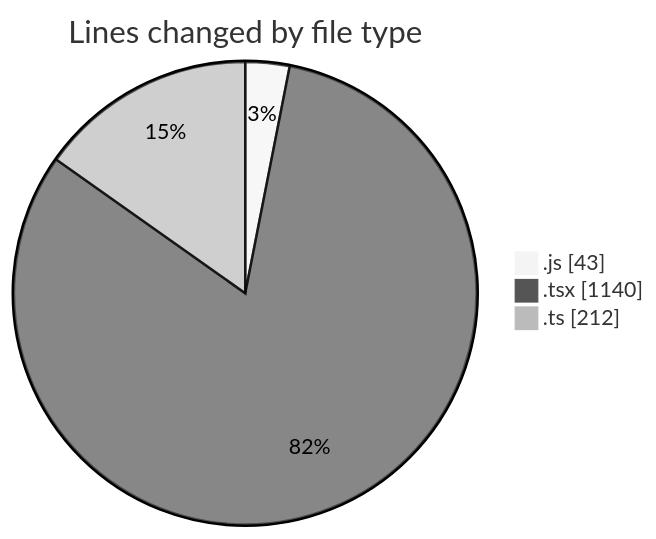
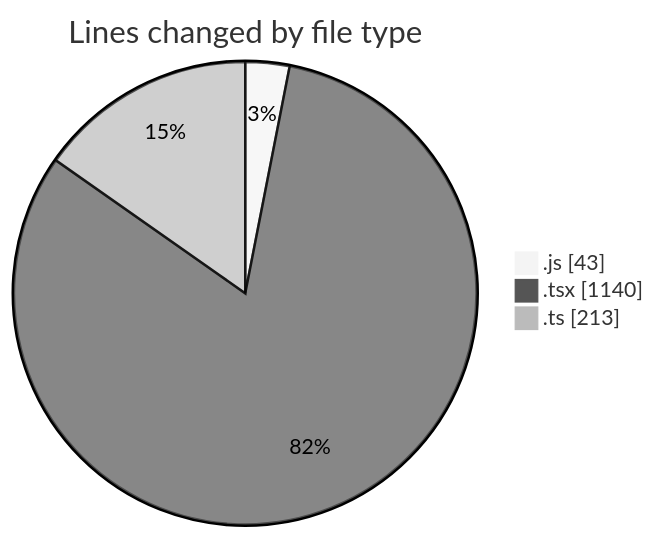
One commit to momahboobian/code-tracking changed the first of 2 diagrams in 2026-03-09/cda/README.md. Above: the diagram before and after it, drawn with Mermaid (neutral theme). The commit also changed other lines of this file and 1 other file, not shown here.

````diff
--- a/2026-03-09/cda/README.md
+++ b/2026-03-09/cda/README.md
@@ -30,7 +30,7 @@
 ```mermaid
 pie showData
 title Lines changed by file type
 ".js" : 43
 ".tsx" : 1140
-".ts" : 212
+".ts" : 213
 ```
````
